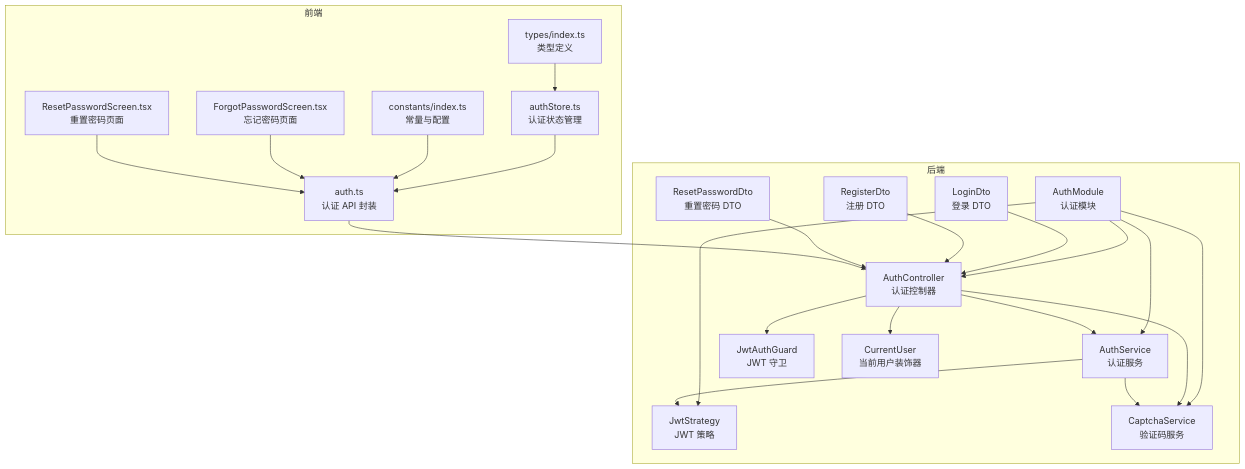
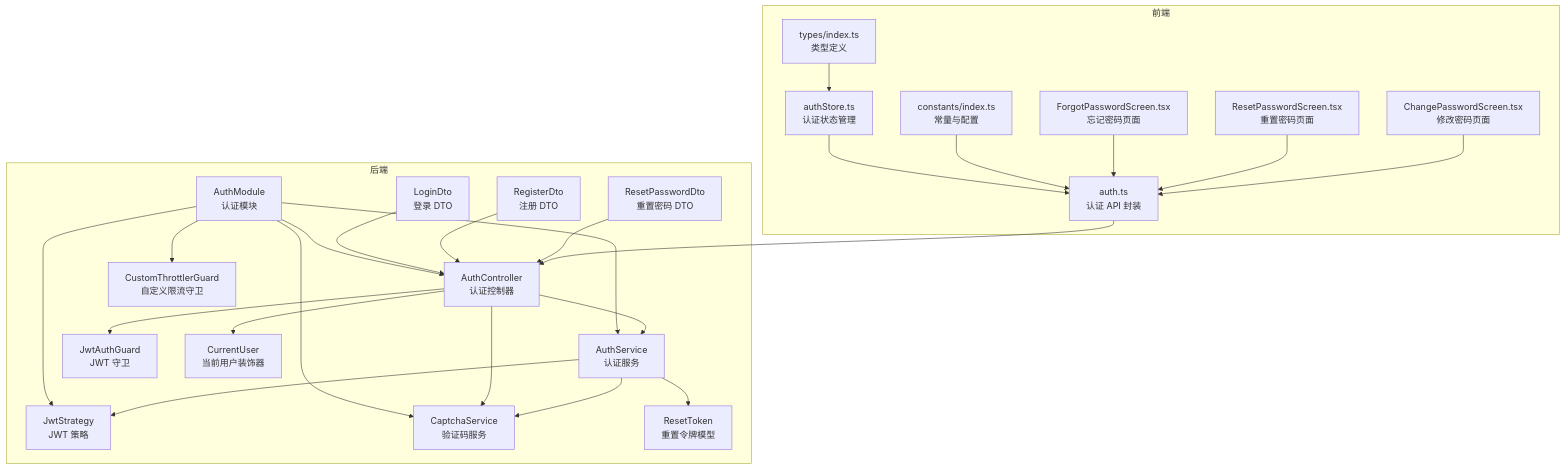
The first of 12 diagrams in .qoder/repowiki/zh/content/后端开发指南/核心模块详解/认证模块.md (lsqwawa/free-dress), drawn with Mermaid before and after one commit. The commit also changed other lines of this file and 62 other files, not shown here.

````diff
--- a/.qoder/repowiki/zh/content/后端开发指南/核心模块详解/认证模块.md
+++ b/.qoder/repowiki/zh/content/后端开发指南/核心模块详解/认证模块.md
@@ -50,42 +65,48 @@
 ```mermaid
 graph TB
 subgraph "后端"
 AM["AuthModule<br/>认证模块"]
 AC["AuthController<br/>认证控制器"]
 AS["AuthService<br/>认证服务"]
 JS["JwtStrategy<br/>JWT 策略"]
 CS["CaptchaService<br/>验证码服务"]
+CTG["CustomThrottlerGuard<br/>自定义限流守卫"]
 DTO_L["LoginDto<br/>登录 DTO"]
 DTO_R["RegisterDto<br/>注册 DTO"]
 DTO_P["ResetPasswordDto<br/>重置密码 DTO"]
 GUARD["JwtAuthGuard<br/>JWT 守卫"]
 DECOR["CurrentUser<br/>当前用户装饰器"]
+RT["ResetToken<br/>重置令牌模型"]
 end
 subgraph "前端"
 API["auth.ts<br/>认证 API 封装"]
 STORE["authStore.ts<br/>认证状态管理"]
 TYPES["types/index.ts<br/>类型定义"]
 CONST["constants/index.ts<br/>常量与配置"]
 FORGOT_SCREEN["ForgotPasswordScreen.tsx<br/>忘记密码页面"]
 RESET_SCREEN["ResetPasswordScreen.tsx<br/>重置密码页面"]
+CHANGE_PASS_SCREEN["ChangePasswordScreen.tsx<br/>修改密码页面"]
 end
 AM --> AC
 AM --> AS
 AM --> JS
 AM --> CS
+AM --> CTG
 AC --> AS
 AC --> CS
 AS --> CS
 AS --> JS
+AS --> RT
 AC --> GUARD
 AC --> DECOR
 DTO_L --> AC
 DTO_R --> AC
 DTO_P --> AC
 API --> AC
 STORE --> API
 TYPES --> STORE
 CONST --> API
 FORGOT_SCREEN --> API
 RESET_SCREEN --> API
+CHANGE_PASS_SCREEN --> API
 ```
````
